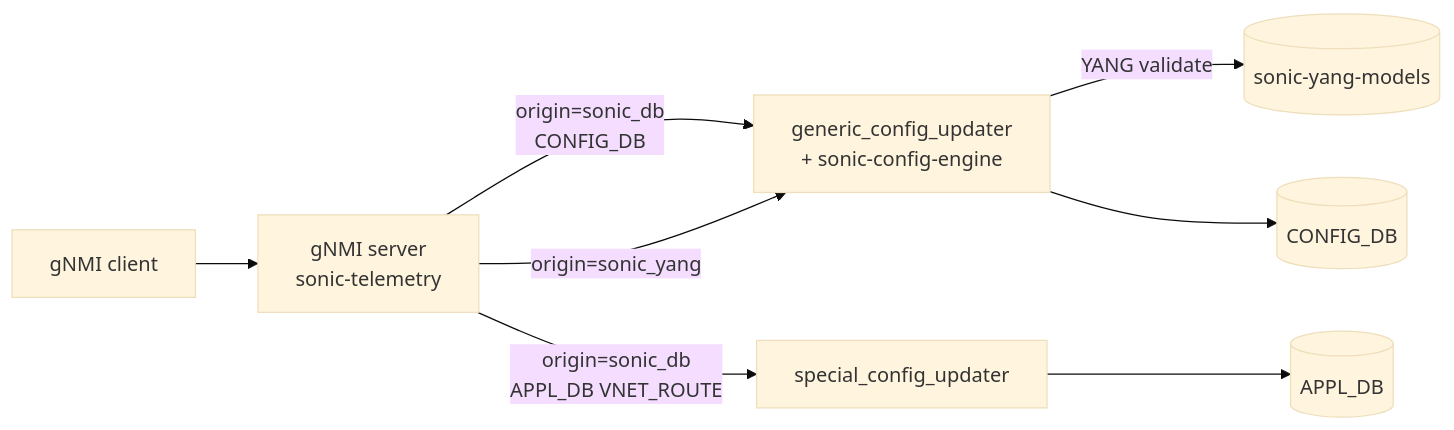
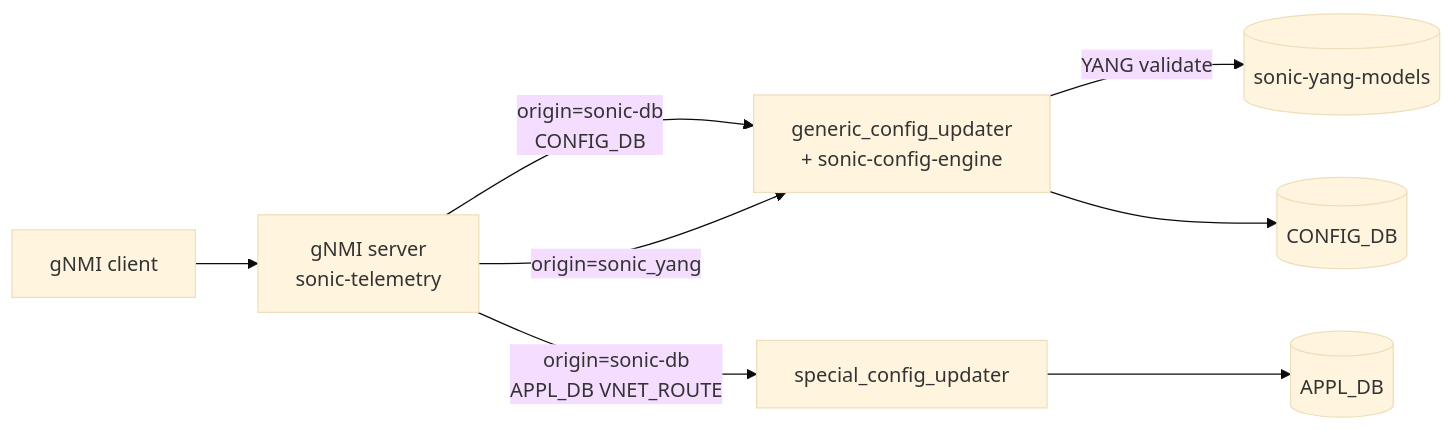
One commit to aoki-taquan/sonic-unofficial-docs changed the diagram in docs/management/sonic-gnmi-server-interface-design.md. Above: the diagram before and after it, drawn with Mermaid (base theme). The commit also changed 2 other files, not shown here.

Commit message:
review: batch 034 fixes (re-apply after linter revert)
- sonic-application-extension-guide: admonition type info→warning to match verification=discrepancy-found
- sonic-cli-auto-generation-tool: remove invalid docker exec for sonic-package-manager
- sonic-console-switch: fix Japanese "肌触りで切れない" → "なかなか切れない"
- sonic-gnmi-server-interface-design: fix mermaid origin sonic_db → sonic-db

````diff
--- a/docs/management/sonic-gnmi-server-interface-design.md
+++ b/docs/management/sonic-gnmi-server-interface-design.md
@@ -73,10 +73,10 @@
 ```mermaid
 flowchart LR
   CL[gNMI client] --> SRV[gNMI server<br>sonic-telemetry]
-  SRV -->|origin=sonic_db<br>CONFIG_DB| GCU[generic_config_updater<br>+ sonic-config-engine]
-  SRV -->|origin=sonic_db<br>APPL_DB VNET_ROUTE| SCU[special_config_updater]
+  SRV -->|origin=sonic-db<br>CONFIG_DB| GCU[generic_config_updater<br>+ sonic-config-engine]
+  SRV -->|origin=sonic-db<br>APPL_DB VNET_ROUTE| SCU[special_config_updater]
   SRV -->|origin=sonic_yang| GCU
   GCU -->|YANG validate| YV[(sonic-yang-models)]
   GCU --> CDB[(CONFIG_DB)]
   SCU --> ADB[(APPL_DB)]
 ```
````
